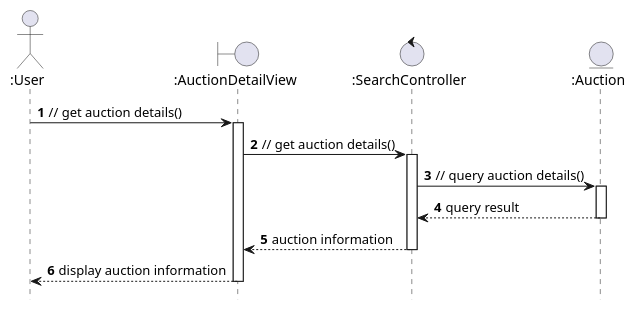
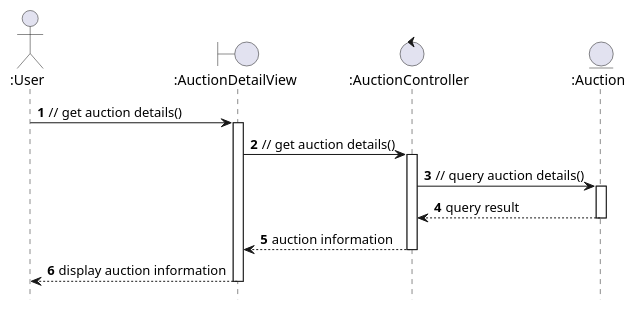
The diagram in uml/analysis/sequence/view_auction_information.pu (anhbanlinhle/velocity-exchange), drawn with PlantUML before and after one commit.

Commit message:
doc[lynn]: seq diagram no. 7

```diff
--- a/uml/analysis/sequence/view_auction_information.pu
+++ b/uml/analysis/sequence/view_auction_information.pu
@@ -1,23 +1,23 @@
 @startuml
 hide footbox
 
 actor ":User" as User
 boundary ":AuctionDetailView" as AuctionView
-control ":SearchController" as SearchController
+control ":AuctionController" as SearchController
 entity ":Auction" as Auction
 
 autonumber
   User -> AuctionView: // get auction details()
   activate AuctionView
     AuctionView -> SearchController: // get auction details()
     activate SearchController
       SearchController -> Auction: // query auction details()
         activate Auction
           Auction --> SearchController: query result
         deactivate Auction
       SearchController --> AuctionView: auction information
     deactivate SearchController
     AuctionView --> User: display auction information
   deactivate AuctionView
 
 @enduml
```
